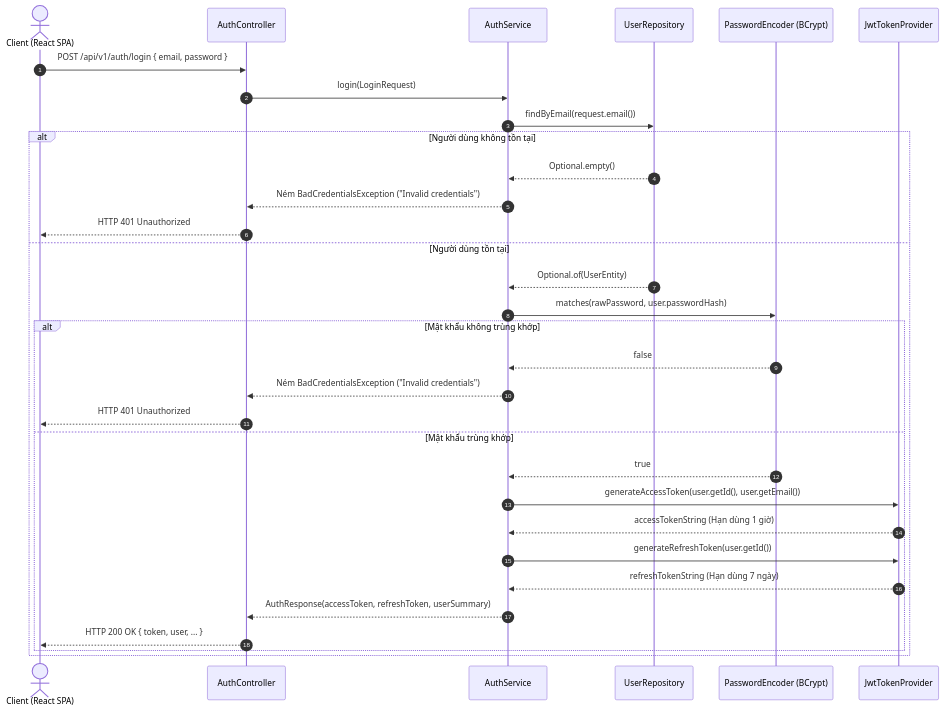
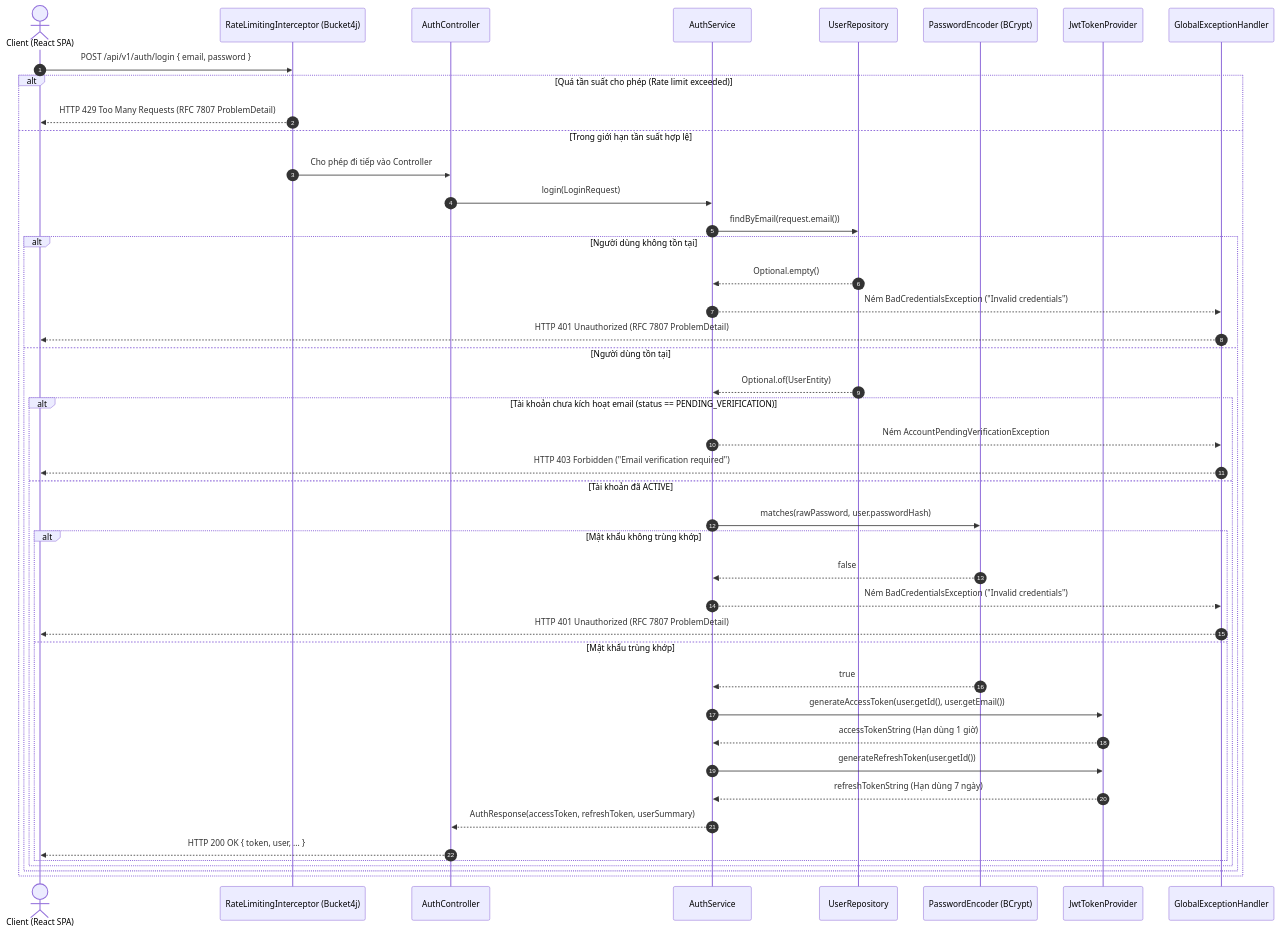
The fourth of 7 diagrams in docs/diagrams/AUTH_ARCHITECTURE.md (N-Tien-L/DevFlow), drawn with Mermaid before and after one commit. The commit also changed other lines of this file and 32 other files, not shown here.

````diff
--- a/docs/diagrams/AUTH_ARCHITECTURE.md
+++ b/docs/diagrams/AUTH_ARCHITECTURE.md
@@ -181,38 +201,47 @@
 ```mermaid
 sequenceDiagram
     autonumber
     actor Client as Client (React SPA)
+    participant RateLimit as RateLimitingInterceptor (Bucket4j)
     participant Ctrl as AuthController
     participant Svc as AuthService
     participant Repo as UserRepository
     participant Enc as PasswordEncoder (BCrypt)
     participant Prov as JwtTokenProvider
+    participant ExHandler as GlobalExceptionHandler
 
-    Client->>Ctrl: POST /api/v1/auth/login { email, password }
-    Ctrl->>Svc: login(LoginRequest)
-    
-    Svc->>Repo: findByEmail(request.email())
-    alt Người dùng không tồn tại
-        Repo-->>Svc: Optional.empty()
-        Svc-->>Ctrl: Ném BadCredentialsException ("Invalid credentials")
-        Ctrl-->>Client: HTTP 401 Unauthorized
-    else Người dùng tồn tại
-        Repo-->>Svc: Optional.of(UserEntity)
-        Svc->>Enc: matches(rawPassword, user.passwordHash)
-        alt Mật khẩu không trùng khớp
-            Enc-->>Svc: false
-            Svc-->>Ctrl: Ném BadCredentialsException ("Invalid credentials")
-            Ctrl-->>Client: HTTP 401 Unauthorized
-        else Mật khẩu trùng khớp
-            Enc-->>Svc: true
-            Svc->>Prov: generateAccessToken(user.getId(), user.getEmail())
-            Prov-->>Svc: accessTokenString (Hạn dùng 1 giờ)
-            
-            Svc->>Prov: generateRefreshToken(user.getId())
-            Prov-->>Svc: refreshTokenString (Hạn dùng 7 ngày)
-            
-            Svc-->>Ctrl: AuthResponse(accessToken, refreshToken, userSummary)
-            Ctrl-->>Client: HTTP 200 OK { token, user, ... }
+    Client->>RateLimit: POST /api/v1/auth/login { email, password }
+    alt Quá tần suất cho phép (Rate limit exceeded)
+        RateLimit-->>Client: HTTP 429 Too Many Requests (RFC 7807 ProblemDetail)
+    else Trong giới hạn tần suất hợp lệ
+        RateLimit->>Ctrl: Cho phép đi tiếp vào Controller
+        Ctrl->>Svc: login(LoginRequest)
+        Svc->>Repo: findByEmail(request.email())
+        alt Người dùng không tồn tại
+            Repo-->>Svc: Optional.empty()
+            Svc-->>ExHandler: Ném BadCredentialsException ("Invalid credentials")
+            ExHandler-->>Client: HTTP 401 Unauthorized (RFC 7807 ProblemDetail)
+        else Người dùng tồn tại
+            Repo-->>Svc: Optional.of(UserEntity)
+            alt Tài khoản chưa kích hoạt email (status == PENDING_VERIFICATION)
+                Svc-->>ExHandler: Ném AccountPendingVerificationException
+                ExHandler-->>Client: HTTP 403 Forbidden ("Email verification required")
+            else Tài khoản đã ACTIVE
+                Svc->>Enc: matches(rawPassword, user.passwordHash)
+                alt Mật khẩu không trùng khớp
+                    Enc-->>Svc: false
+                    Svc-->>ExHandler: Ném BadCredentialsException ("Invalid credentials")
+                    ExHandler-->>Client: HTTP 401 Unauthorized (RFC 7807 ProblemDetail)
+                else Mật khẩu trùng khớp
+                    Enc-->>Svc: true
+                    Svc->>Prov: generateAccessToken(user.getId(), user.getEmail())
+                    Prov-->>Svc: accessTokenString (Hạn dùng 1 giờ)
+                    Svc->>Prov: generateRefreshToken(user.getId())
+                    Prov-->>Svc: refreshTokenString (Hạn dùng 7 ngày)
+                    Svc-->>Ctrl: AuthResponse(accessToken, refreshToken, userSummary)
+                    Ctrl-->>Client: HTTP 200 OK { token, user, ... }
+                end
+            end
         end
     end
 ```
````
